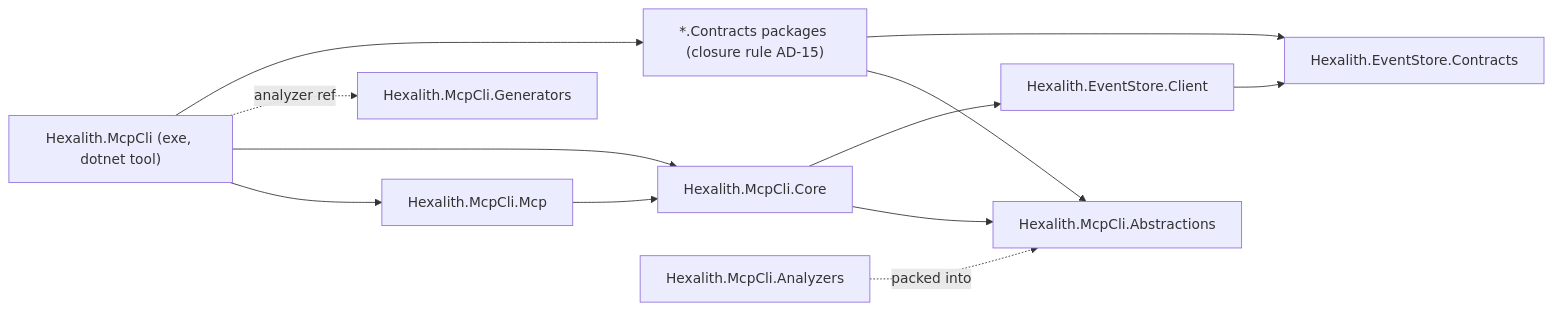
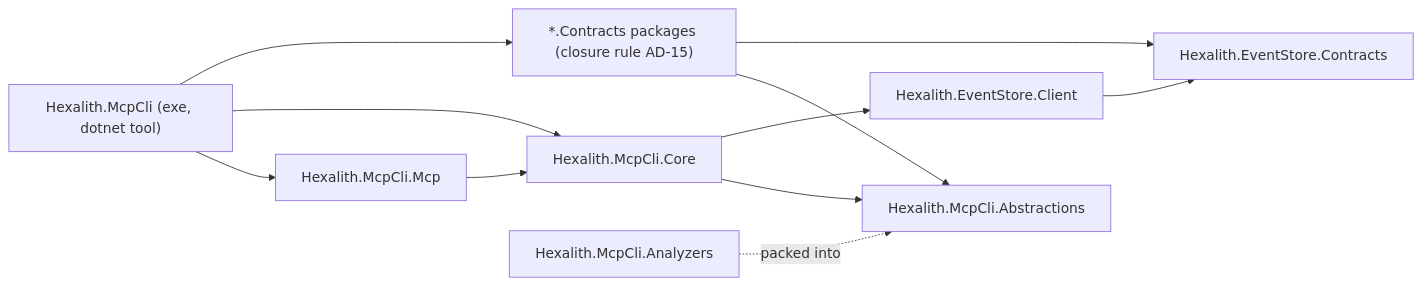
Before and after one commit to Hexalith/Hexalith.McpCli: the first of 3 diagrams in _bmad-output/planning-artifacts/architecture/architecture-mcpcli-2026-09-22/ARCHITECTURE-SPINE.md, drawn with Mermaid. The commit also changed other lines of this file and 6 other files, not shown here.

First line of the commit message:
Add architecture review updates for MCP CLI 2026-09-22

````diff
--- a/_bmad-output/planning-artifacts/architecture/architecture-mcpcli-2026-09-22/ARCHITECTURE-SPINE.md
+++ b/_bmad-output/planning-artifacts/architecture/architecture-mcpcli-2026-09-22/ARCHITECTURE-SPINE.md
@@ -53,14 +53,13 @@
 ```mermaid
 graph LR
   Tool["Hexalith.McpCli (exe, dotnet tool)"] --> Mcp["Hexalith.McpCli.Mcp"]
   Tool --> Core["Hexalith.McpCli.Core"]
-  Tool -. analyzer ref .-> Gen["Hexalith.McpCli.Generators"]
   Tool --> Contracts["*.Contracts packages (closure rule AD-15)"]
   Mcp --> Core
   Core --> Abs["Hexalith.McpCli.Abstractions"]
   Core --> ESClient["Hexalith.EventStore.Client"]
   Contracts --> Abs
   Contracts --> ESContracts["Hexalith.EventStore.Contracts"]
   ESClient --> ESContracts
   Analyzers["Hexalith.McpCli.Analyzers"] -. packed into .-> Abs
 ```
````
